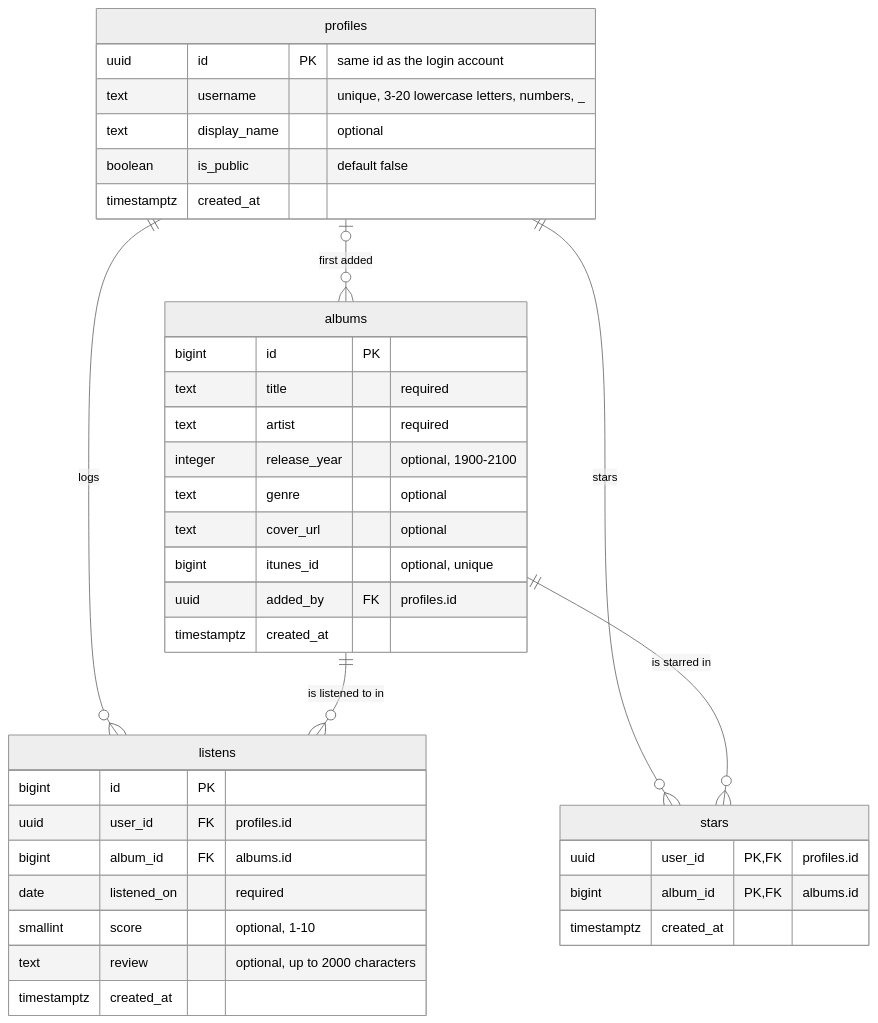
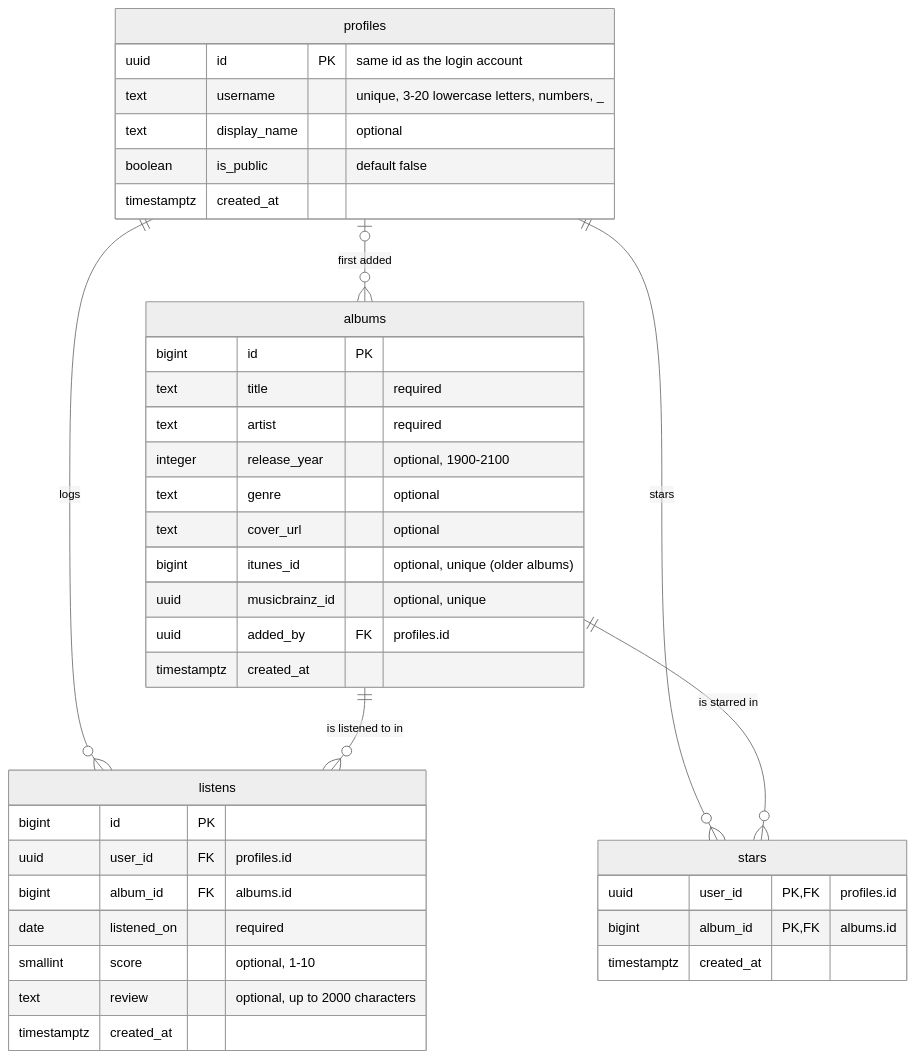
One commit to nolives/recorded changed the diagram in schema.md. Above: the diagram before and after it, drawn with Mermaid (neutral theme). The commit also changed other lines of this file and 11 other files, not shown here.

````diff
--- a/schema.md
+++ b/schema.md
@@ -16,41 +16,42 @@
 ```mermaid
 erDiagram
     profiles ||--o{ listens : "logs"
     albums   ||--o{ listens : "is listened to in"
     profiles ||--o{ stars   : "stars"
     albums   ||--o{ stars   : "is starred in"
     profiles |o--o{ albums  : "first added"
 
     profiles {
         uuid id PK "same id as the login account"
         text username "unique, 3-20 lowercase letters, numbers, _"
         text display_name "optional"
         boolean is_public "default false"
         timestamptz created_at
     }
     albums {
         bigint id PK
         text title "required"
         text artist "required"
         integer release_year "optional, 1900-2100"
         text genre "optional"
         text cover_url "optional"
-        bigint itunes_id "optional, unique"
+        bigint itunes_id "optional, unique (older albums)"
+        uuid musicbrainz_id "optional, unique"
         uuid added_by FK "profiles.id"
         timestamptz created_at
     }
     listens {
         bigint id PK
         uuid user_id FK "profiles.id"
         bigint album_id FK "albums.id"
         date listened_on "required"
         smallint score "optional, 1-10"
         text review "optional, up to 2000 characters"
         timestamptz created_at
     }
     stars {
         uuid user_id PK, FK "profiles.id"
         bigint album_id PK, FK "albums.id"
         timestamptz created_at
     }
 ```
````
